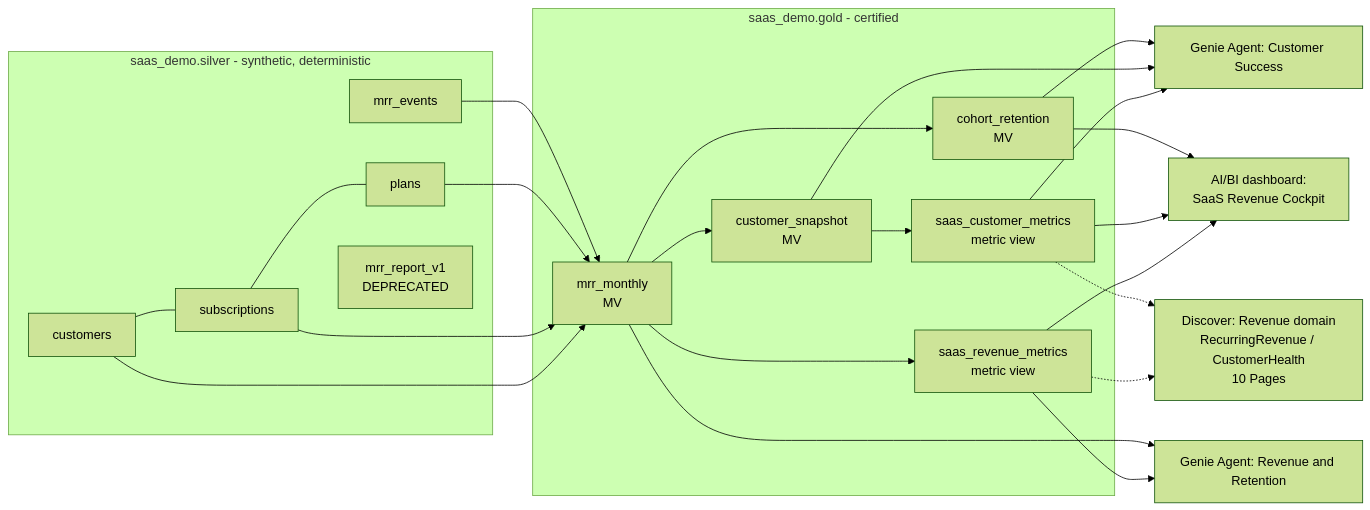
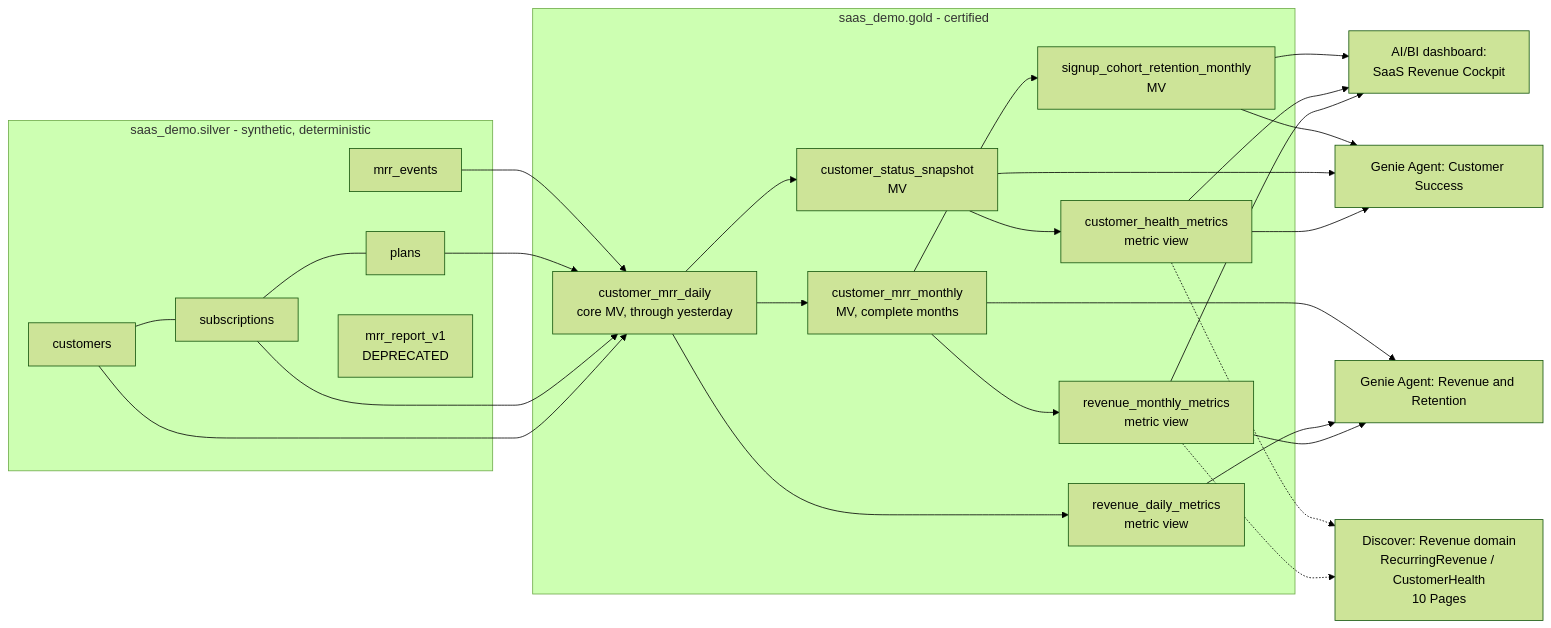
One commit to jose-alberto-salazar-jimenez/databricks_demos changed the diagram in analytics__metric_views_genie__saas_business_metrics/README.md. Above: the diagram before and after it, drawn with Mermaid (forest theme). The commit also changed other lines of this file and 15 other files, not shown here.

First line of the commit message:
Daily data, period-over-period metrics and a simpler, explicitly named gold layer

````diff
--- a/analytics__metric_views_genie__saas_business_metrics/README.md
+++ b/analytics__metric_views_genie__saas_business_metrics/README.md
@@ -24,20 +24,22 @@
 ```mermaid
 flowchart LR
   subgraph silver[saas_demo.silver - synthetic, deterministic]
     C[customers] --- S[subscriptions] --- P[plans]
     E[mrr_events]
     L[mrr_report_v1<br/>DEPRECATED]
   end
   subgraph gold[saas_demo.gold - certified]
-    M[mrr_monthly<br/>MV] --> CS[customer_snapshot<br/>MV]
-    M --> CR[cohort_retention<br/>MV]
-    M --> RV[saas_revenue_metrics<br/>metric view]
-    CS --> CV[saas_customer_metrics<br/>metric view]
+    CD[customer_mrr_daily<br/>core MV, through yesterday] --> M[customer_mrr_monthly<br/>MV, complete months]
+    CD --> CS[customer_status_snapshot<br/>MV]
+    M --> CR[signup_cohort_retention_monthly<br/>MV]
+    CD --> RD[revenue_daily_metrics<br/>metric view]
+    M --> RV[revenue_monthly_metrics<br/>metric view]
+    CS --> CV[customer_health_metrics<br/>metric view]
   end
-  C & S & P & E --> M
-  RV --> G1[Genie Agent: Revenue and Retention]
+  C & S & P & E --> CD
+  RV & RD --> G1[Genie Agent: Revenue and Retention]
   M --> G1
   CV & CS & CR --> G2[Genie Agent: Customer Success]
   RV & CV & CR --> DB[AI/BI dashboard:<br/>SaaS Revenue Cockpit]
   RV & CV -.-> D[Discover: Revenue domain<br/>RecurringRevenue / CustomerHealth<br/>10 Pages]
 ```
````
